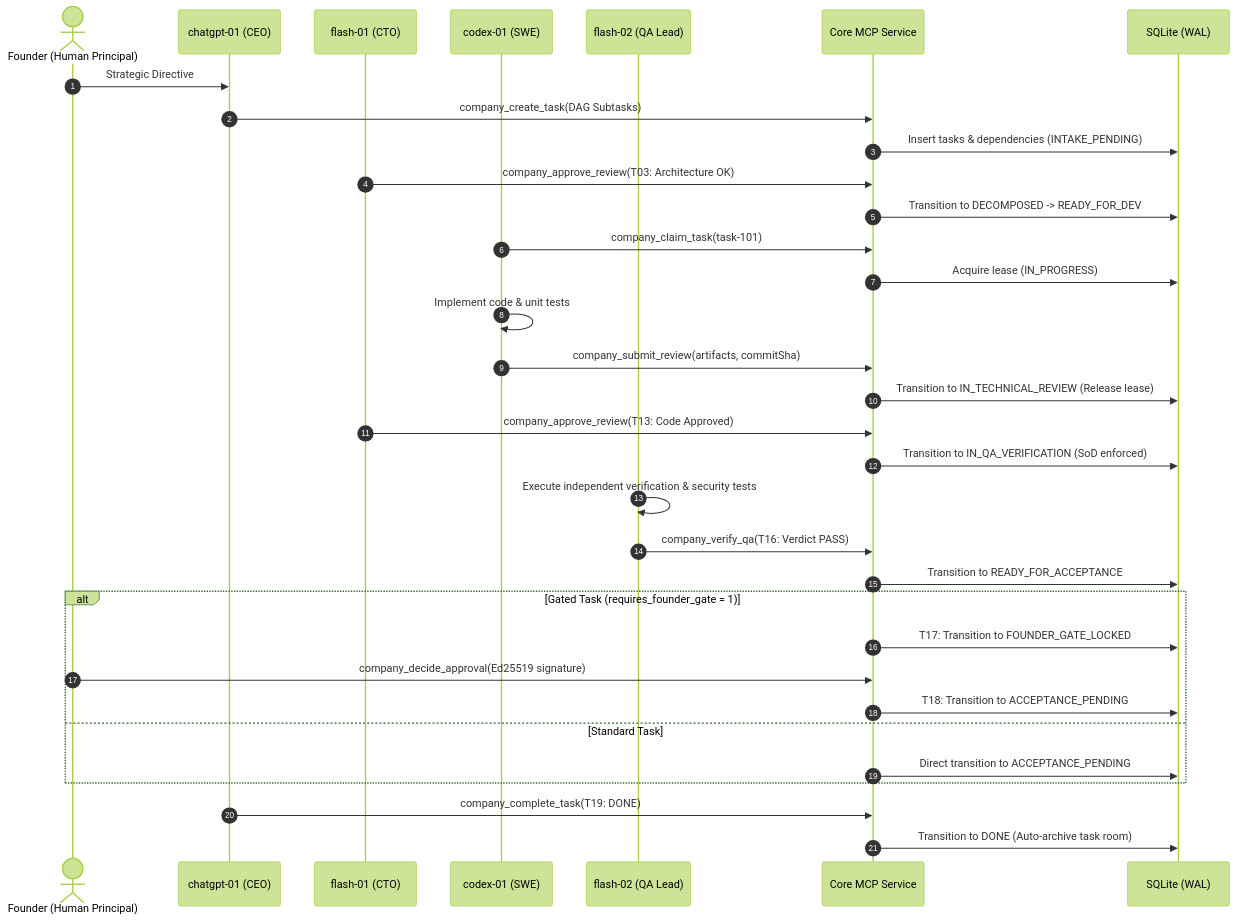
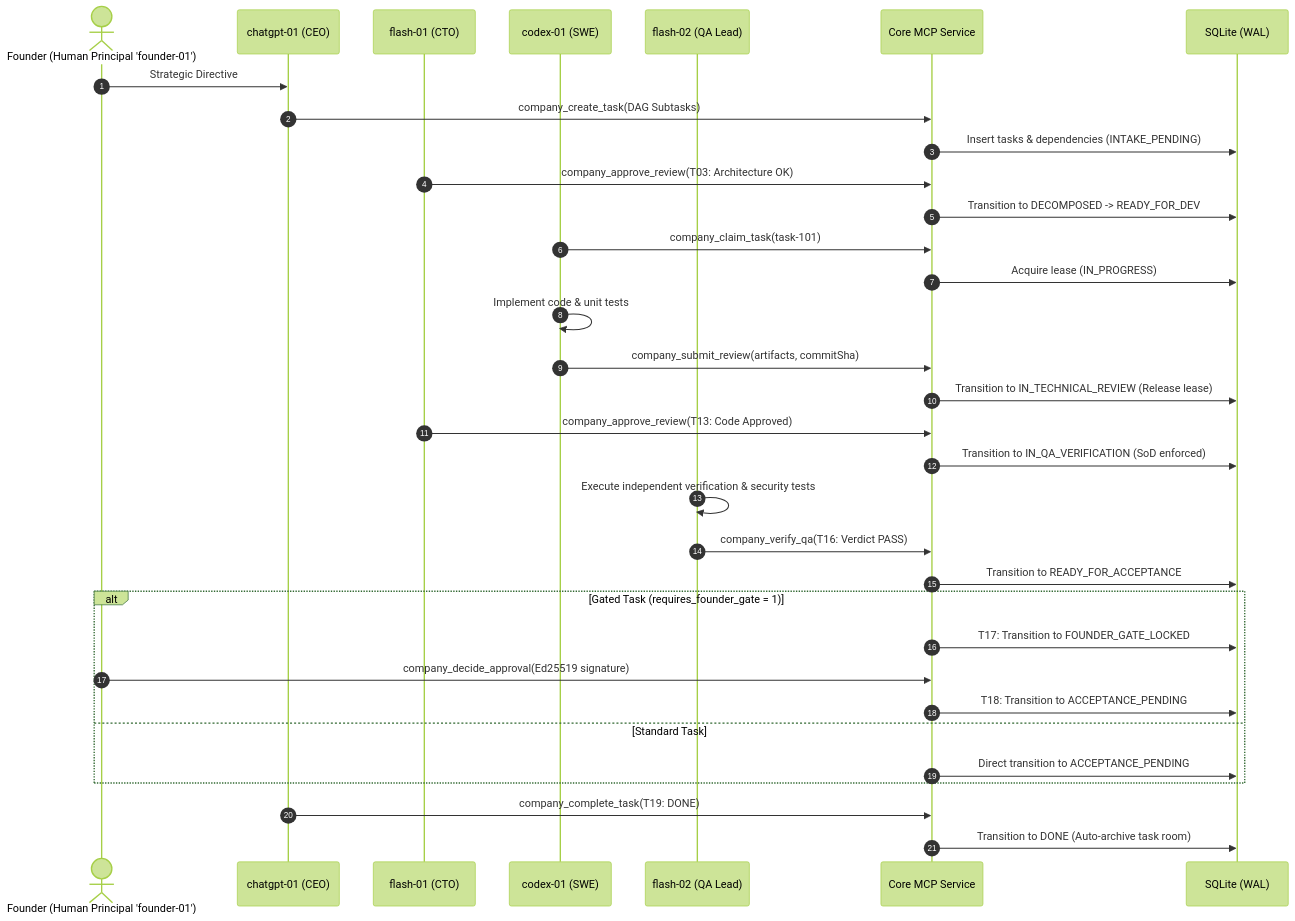
The third of 4 diagrams in docs/blueprint/v3/02_TARGET_ARCHITECTURE.md (kietpro352010/AICO), drawn with Mermaid (forest theme) before and after one commit. The commit also changed other lines of this file and 11 other files, not shown here.

First line of the commit message:
docs(blueprint): reconcile v3 architecture, security gates, and contracts

````diff
--- a/docs/blueprint/v3/02_TARGET_ARCHITECTURE.md
+++ b/docs/blueprint/v3/02_TARGET_ARCHITECTURE.md
@@ -124,36 +124,36 @@
 ```mermaid
 sequenceDiagram
     autonumber
-    actor Founder as Founder (Human Principal)
+    actor Founder as Founder (Human Principal 'founder-01')
     participant CEO as chatgpt-01 (CEO)
     participant CTO as flash-01 (CTO)
     participant SWE as codex-01 (SWE)
     participant QA as flash-02 (QA Lead)
     participant MCP as Core MCP Service
     participant DB as SQLite (WAL)
 
     Founder->>CEO: Strategic Directive
     CEO->>MCP: company_create_task(DAG Subtasks)
     MCP->>DB: Insert tasks & dependencies (INTAKE_PENDING)
     CTO->>MCP: company_approve_review(T03: Architecture OK)
     MCP->>DB: Transition to DECOMPOSED -> READY_FOR_DEV
     SWE->>MCP: company_claim_task(task-101)
     MCP->>DB: Acquire lease (IN_PROGRESS)
     SWE->>SWE: Implement code & unit tests
     SWE->>MCP: company_submit_review(artifacts, commitSha)
     MCP->>DB: Transition to IN_TECHNICAL_REVIEW (Release lease)
     CTO->>MCP: company_approve_review(T13: Code Approved)
     MCP->>DB: Transition to IN_QA_VERIFICATION (SoD enforced)
     QA->>QA: Execute independent verification & security tests
     QA->>MCP: company_verify_qa(T16: Verdict PASS)
     MCP->>DB: Transition to READY_FOR_ACCEPTANCE
     alt Gated Task (requires_founder_gate = 1)
         MCP->>DB: T17: Transition to FOUNDER_GATE_LOCKED
         Founder->>MCP: company_decide_approval(Ed25519 signature)
         MCP->>DB: T18: Transition to ACCEPTANCE_PENDING
     else Standard Task
         MCP->>DB: Direct transition to ACCEPTANCE_PENDING
     end
     CEO->>MCP: company_complete_task(T19: DONE)
     MCP->>DB: Transition to DONE (Auto-archive task room)
 ```
````
